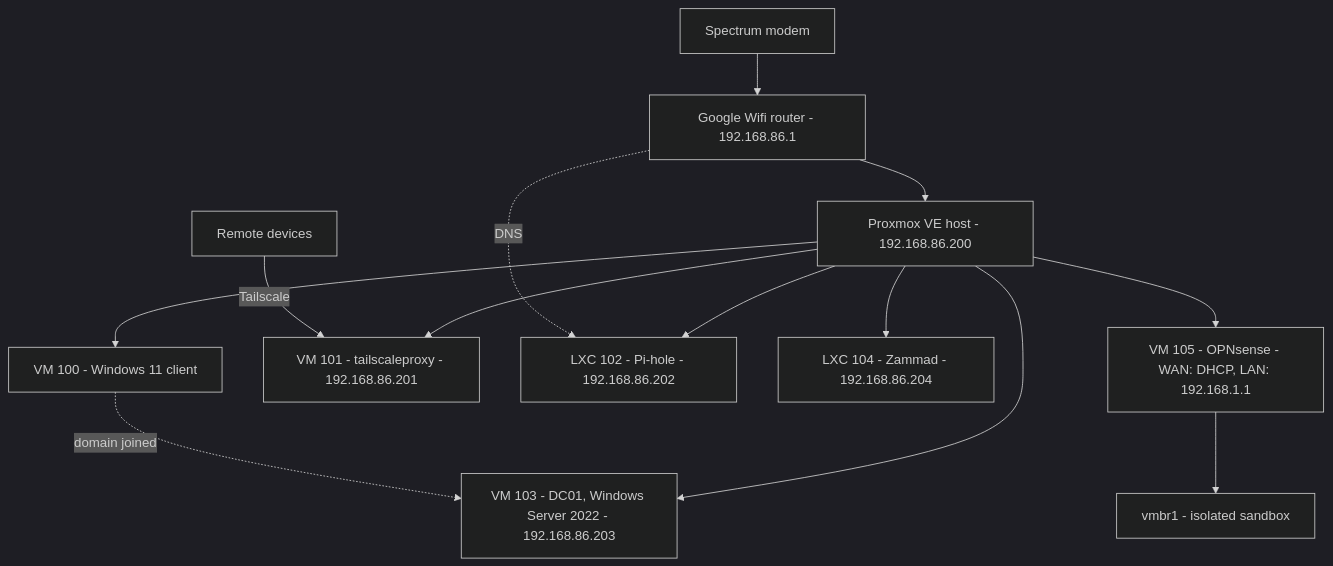
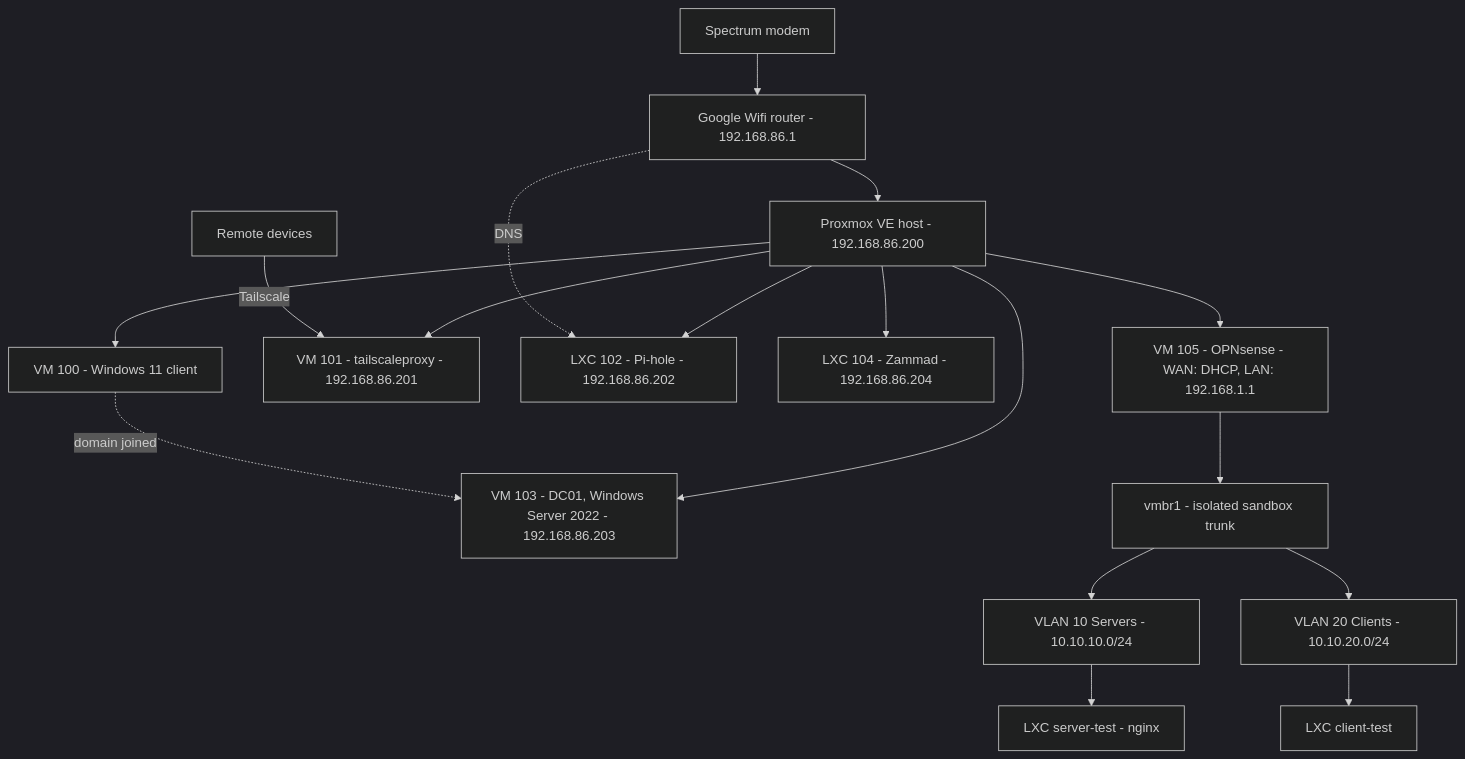
Before and after one commit to mujtaba-aldhumani/Homelab: the diagram in README.md, drawn with Mermaid (dark theme). The commit also changed 2 other files, not shown here.

Commit message:
vault backup: 2026-09-30 22:14:55

````diff
--- a/README.md
+++ b/README.md
@@ -16,15 +16,19 @@
 ```mermaid
 flowchart TD
     ISP["Spectrum modem"] --> GW["Google Wifi router - 192.168.86.1"]
     GW --> PVE["Proxmox VE host - 192.168.86.200"]
     PVE --> VM100["VM 100 - Windows 11 client"]
     PVE --> VM101["VM 101 - tailscaleproxy - 192.168.86.201"]
     PVE --> LXC102["LXC 102 - Pi-hole - 192.168.86.202"]
     PVE --> VM103["VM 103 - DC01, Windows Server 2022 - 192.168.86.203"]
     PVE --> LXC104["LXC 104 - Zammad - 192.168.86.204"]
     PVE --> VM105["VM 105 - OPNsense - WAN: DHCP, LAN: 192.168.1.1"]
-    VM105 --> BR1["vmbr1 - isolated sandbox"]
+    VM105 --> BR1["vmbr1 - isolated sandbox trunk"]
+    BR1 --> VLAN10["VLAN 10 Servers - 10.10.10.0/24"]
+    BR1 --> VLAN20["VLAN 20 Clients - 10.10.20.0/24"]
+    VLAN10 --> SRV["LXC server-test - nginx"]
+    VLAN20 --> CLI["LXC client-test"]
     GW -.->|DNS| LXC102
     VM100 -.->|domain joined| VM103
     REM["Remote devices"] -->|Tailscale| VM101
 ```
````
